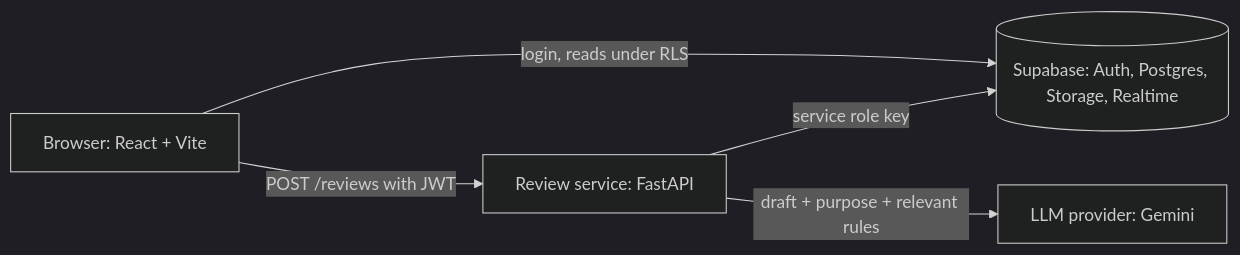
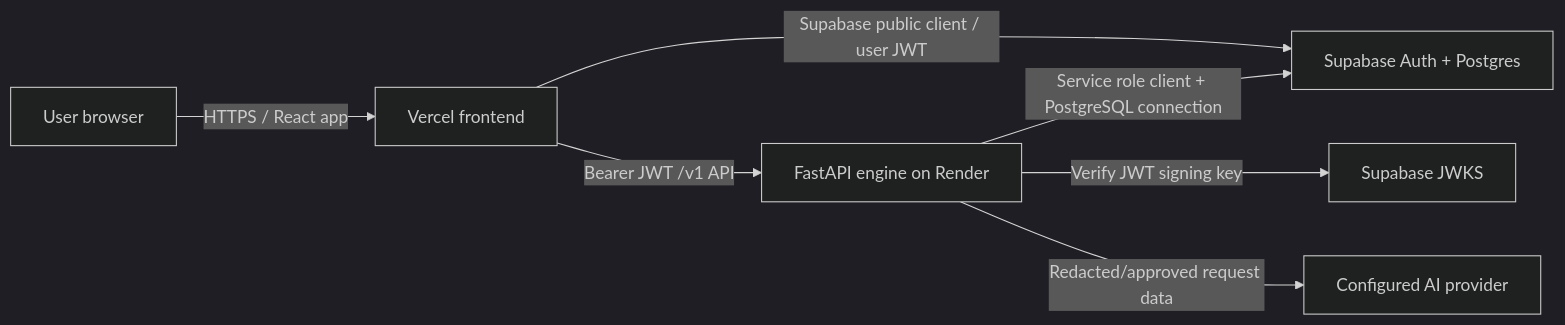
The first of 2 diagrams in docs/ARCHITECTURE.md (SiddharthaOG/AnchorDraft), drawn with Mermaid (dark theme) before and after one commit. The commit also changed other lines of this file, not shown here.

Commit message:
docs(architecture): replace pre-build draft with as-built design

````diff
--- a/docs/ARCHITECTURE.md
+++ b/docs/ARCHITECTURE.md
@@ -41,7 +36,9 @@
 ```mermaid
 flowchart LR
-  user[Browser: React + Vite] -->|login, reads under RLS| supa[(Supabase: Auth, Postgres, Storage, Realtime)]
-  user -->|POST /reviews with JWT| engine[Review service: FastAPI]
-  engine -->|service role key| supa
-  engine -->|draft + purpose + relevant rules| llm[LLM provider: Gemini]
+    U[User browser] -->|HTTPS / React app| W[Vercel frontend]
+    W -->|Supabase public client / user JWT| S[Supabase Auth + Postgres]
+    W -->|Bearer JWT /v1 API| E[FastAPI engine on Render]
+    E -->|Verify JWT signing key| J[Supabase JWKS]
+    E -->|Service role client + PostgreSQL connection| S
+    E -->|Redacted/approved request data| L[Configured AI provider]
 ```
````
